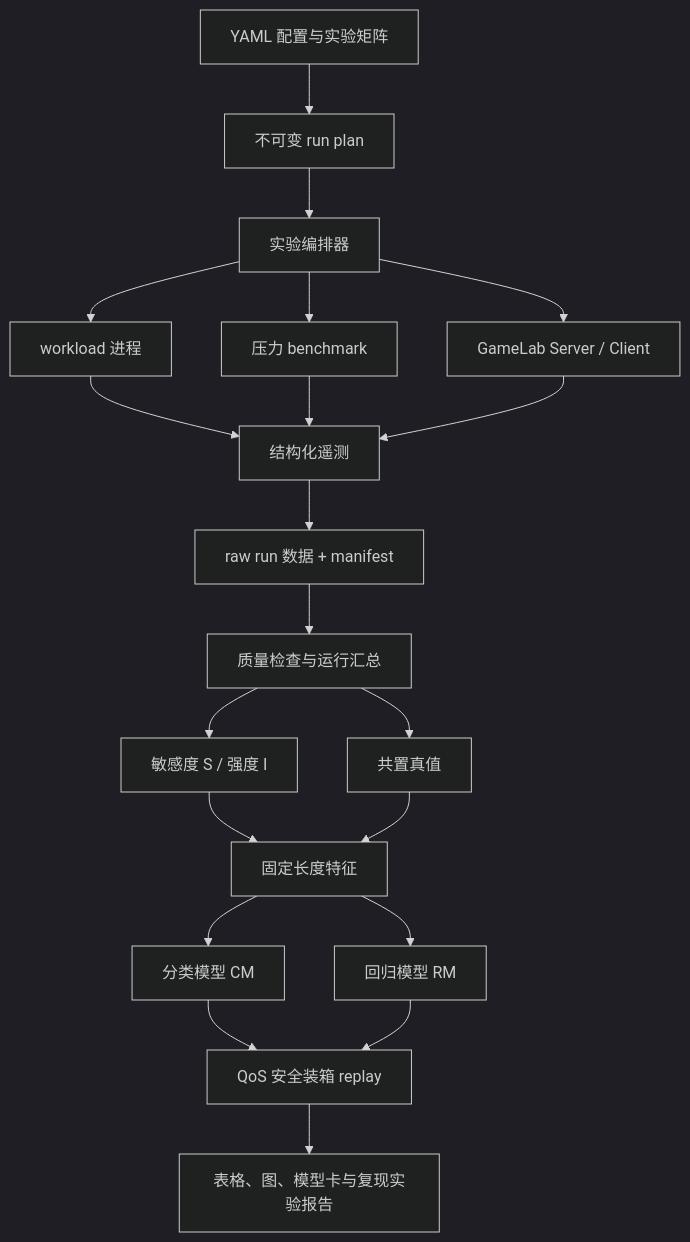
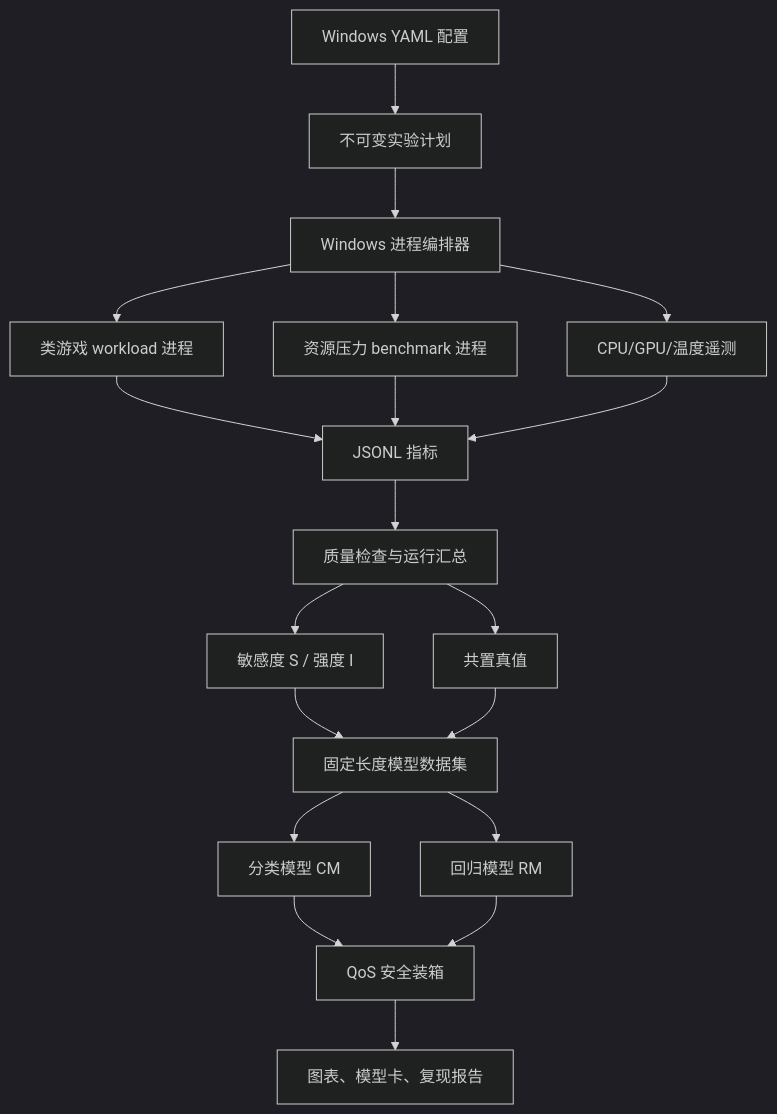
The diagram in README.md (wyn-exe/GameLab-GAugur-Lite), drawn with Mermaid (dark theme) before and after one commit. The commit also changed other lines of this file and 1 other file, not shown here.

````diff
--- a/README.md
+++ b/README.md
@@ -140,22 +133,21 @@
 ```mermaid
 flowchart TB
-    CFG["YAML 配置与实验矩阵"] --> PLAN["不可变 run plan"]
-    PLAN --> ORCH["实验编排器"]
-    ORCH --> WL["workload 进程"]
-    ORCH --> PB["压力 benchmark"]
-    ORCH --> GL["GameLab Server / Client"]
-    WL --> TEL["结构化遥测"]
-    PB --> TEL
-    GL --> TEL
-    TEL --> RAW["raw run 数据 + manifest"]
-    RAW --> QC["质量检查与运行汇总"]
-    QC --> PROF["敏感度 S / 强度 I"]
-    QC --> COL["共置真值"]
-    PROF --> FEAT["固定长度特征"]
-    COL --> FEAT
-    FEAT --> CM["分类模型 CM"]
-    FEAT --> RM["回归模型 RM"]
-    CM --> REPLAY["QoS 安全装箱 replay"]
+    CFG["Windows YAML 配置"] --> PLAN["不可变实验计划"]
+    PLAN --> RUNNER["Windows 进程编排器"]
+    RUNNER --> WL["类游戏 workload 进程"]
+    RUNNER --> PB["资源压力 benchmark 进程"]
+    WL --> METRIC["JSONL 指标"]
+    PB --> METRIC
+    RUNNER --> SYS["CPU/GPU/温度遥测"]
+    SYS --> METRIC
+    METRIC --> QC["质量检查与运行汇总"]
+    QC --> PROFILE["敏感度 S / 强度 I"]
+    QC --> TRUTH["共置真值"]
+    PROFILE --> DATASET["固定长度模型数据集"]
+    TRUTH --> DATASET
+    DATASET --> CM["分类模型 CM"]
+    DATASET --> RM["回归模型 RM"]
+    CM --> REPLAY["QoS 安全装箱"]
     RM --> REPLAY
-    REPLAY --> REPORT["表格、图、模型卡与复现实验报告"]
+    REPLAY --> REPORT["图表、模型卡、复现报告"]
 ```
````
